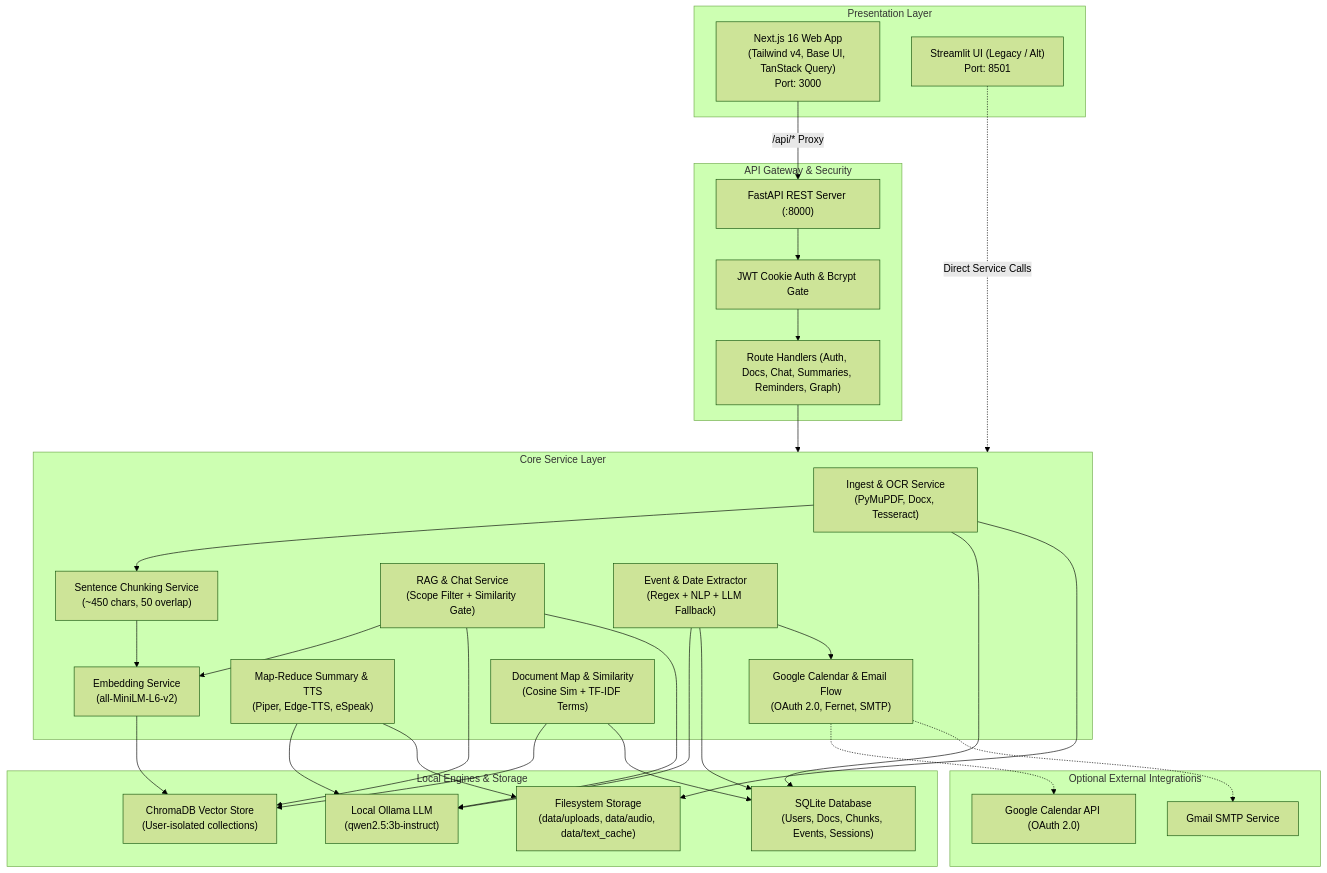
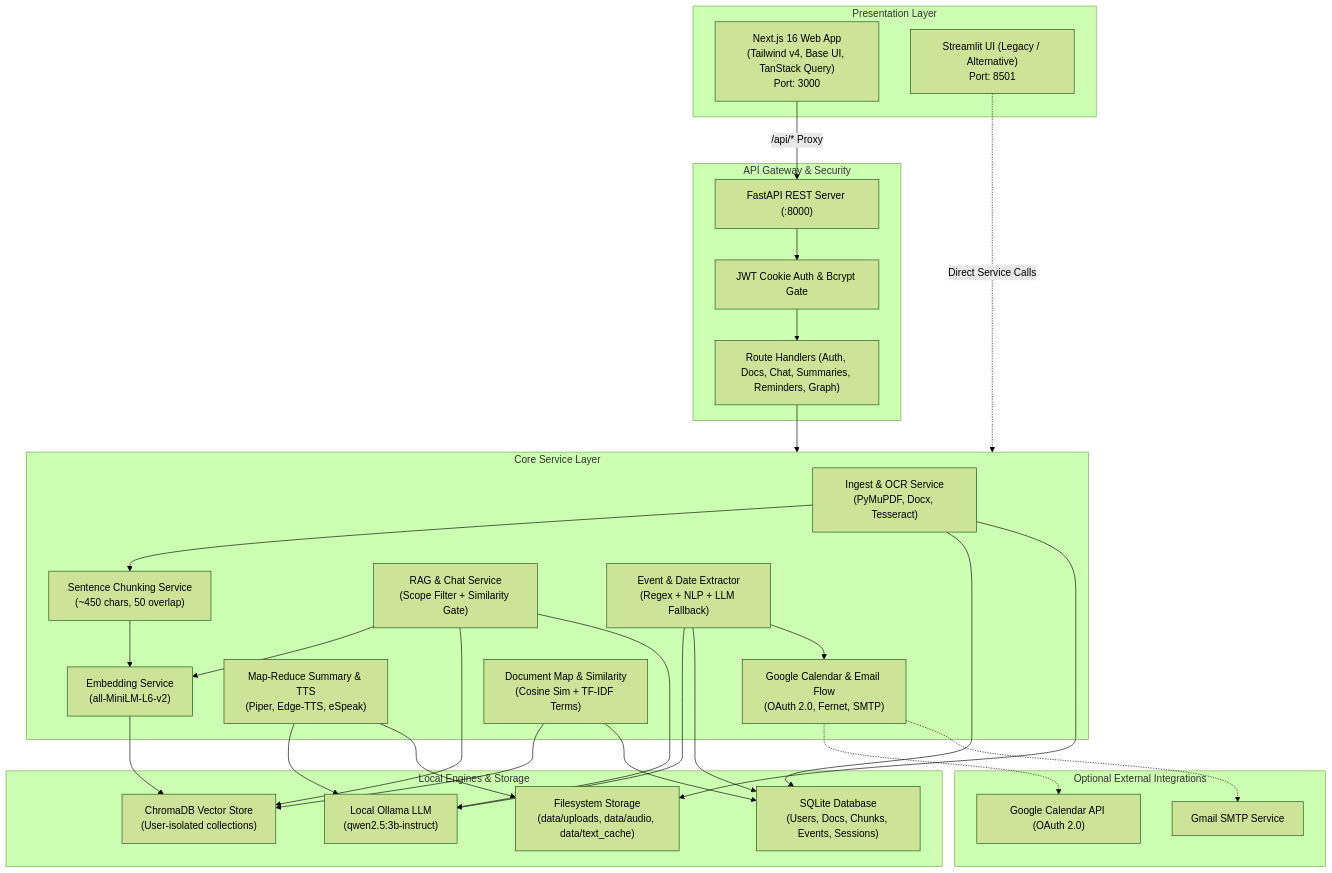
One commit to Shreesh-o/MemoryNest changed the diagram in README.md. Above: the diagram before and after it, drawn with Mermaid (forest theme). The commit also changed other lines of this file and 325 other files, not shown here.

Commit message:
docs: modernize README with cross-platform setup, visual showcase, and architecture/DFD diagrams

````diff
--- a/README.md
+++ b/README.md
@@ -60,63 +68,63 @@
 ```mermaid
 flowchart TD
     subgraph Clients["Presentation Layer"]
         Web["Next.js 16 Web App<br/>(Tailwind v4, Base UI, TanStack Query)<br/>Port: 3000"]
-        Streamlit["Streamlit UI (Legacy / Alt)<br/>Port: 8501"]
+        Streamlit["Streamlit UI (Legacy / Alternative)<br/>Port: 8501"]
     end
 
     subgraph Gateway["API Gateway & Security"]
         FastAPI["FastAPI REST Server (:8000)"]
         AuthMiddleware["JWT Cookie Auth & Bcrypt Gate"]
         Router["Route Handlers (Auth, Docs, Chat, Summaries, Reminders, Graph)"]
     end
 
     subgraph Services["Core Service Layer"]
         IngestSvc["Ingest & OCR Service<br/>(PyMuPDF, Docx, Tesseract)"]
         ChunkSvc["Sentence Chunking Service<br/>(~450 chars, 50 overlap)"]
         EmbedSvc["Embedding Service<br/>(all-MiniLM-L6-v2)"]
         RAGSvc["RAG & Chat Service<br/>(Scope Filter + Similarity Gate)"]
         SummSvc["Map-Reduce Summary & TTS<br/>(Piper, Edge-TTS, eSpeak)"]
         EventSvc["Event & Date Extractor<br/>(Regex + NLP + LLM Fallback)"]
         GCalSvc["Google Calendar & Email Flow<br/>(OAuth 2.0, Fernet, SMTP)"]
         GraphSvc["Document Map & Similarity<br/>(Cosine Sim + TF-IDF Terms)"]
     end
 
     subgraph Engines["Local Engines & Storage"]
         Ollama["Local Ollama LLM<br/>(qwen2.5:3b-instruct)"]
         Chroma["ChromaDB Vector Store<br/>(User-isolated collections)"]
         SQLite["SQLite Database<br/>(Users, Docs, Chunks, Events, Sessions)"]
         Disk["Filesystem Storage<br/>(data/uploads, data/audio, data/text_cache)"]
     end
 
     subgraph External["Optional External Integrations"]
         GoogleAPI["Google Calendar API (OAuth 2.0)"]
         Gmail["Gmail SMTP Service"]
     end
 
     Web -->|"/api/* Proxy"| FastAPI
     Streamlit -.->|Direct Service Calls| Services
     FastAPI --> AuthMiddleware
     AuthMiddleware --> Router
     Router --> Services
 
     IngestSvc --> ChunkSvc --> EmbedSvc --> Chroma
     IngestSvc --> SQLite
     IngestSvc --> Disk
 
     RAGSvc --> EmbedSvc
     RAGSvc --> Chroma
     RAGSvc --> Ollama
 
     SummSvc --> Ollama
     SummSvc --> Disk
 
     EventSvc --> Ollama
     EventSvc --> SQLite
     EventSvc --> GCalSvc
 
     GCalSvc -.-> GoogleAPI
     GCalSvc -.-> Gmail
 
     GraphSvc --> Chroma
     GraphSvc --> SQLite
 ```
````
